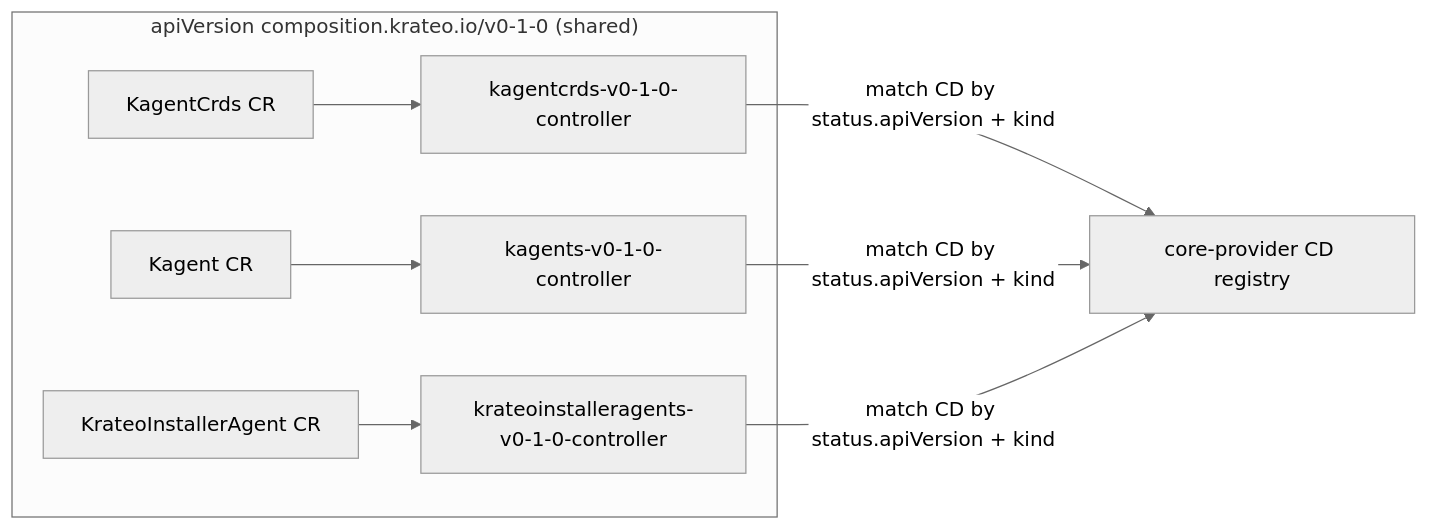
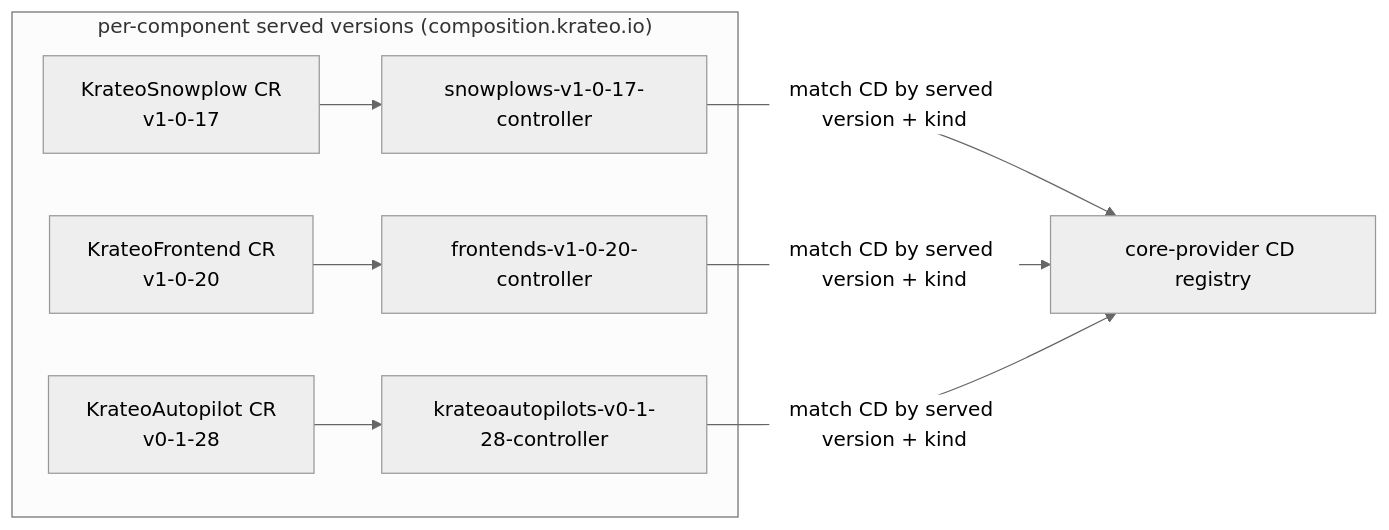
Before and after one commit to braghettos/installer: the fourth of 8 diagrams in ARCHITECTURE.md, drawn with Mermaid (neutral theme). The commit also changed other lines of this file and 11 other files, not shown here.

````diff
--- a/ARCHITECTURE.md
+++ b/ARCHITECTURE.md
@@ -144,9 +156,9 @@
 ```mermaid
 flowchart LR
-    subgraph v010["apiVersion composition.krateo.io/v0-1-0 (shared)"]
-        a["KagentCrds CR"] --> ca["kagentcrds-v0-1-0-controller"]
-        b["Kagent CR"] --> cb["kagents-v0-1-0-controller"]
-        c["KrateoInstallerAgent CR"] --> cc["krateoinstalleragents-v0-1-0-controller"]
+    subgraph perver["per-component served versions (composition.krateo.io)"]
+        a["KrateoSnowplow CR<br/>v1-0-17"] --> ca["snowplows-v1-0-17-controller"]
+        b["KrateoFrontend CR<br/>v1-0-20"] --> cb["frontends-v1-0-20-controller"]
+        c["KrateoAutopilot CR<br/>v0-1-28"] --> cc["krateoautopilots-v0-1-28-controller"]
     end
-    ca & cb & cc -->|"match CD by status.apiVersion + kind"| reg["core-provider CD registry"]
+    ca & cb & cc -->|"match CD by served version + kind"| reg["core-provider CD registry"]
 ```
````
